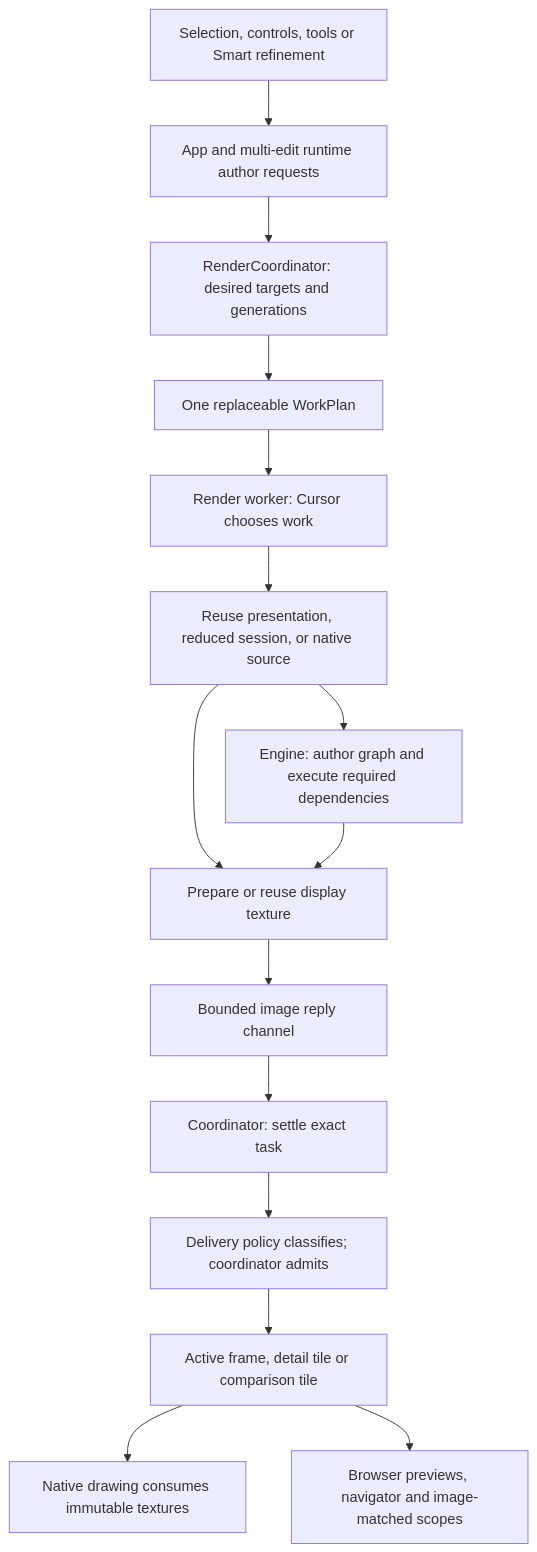
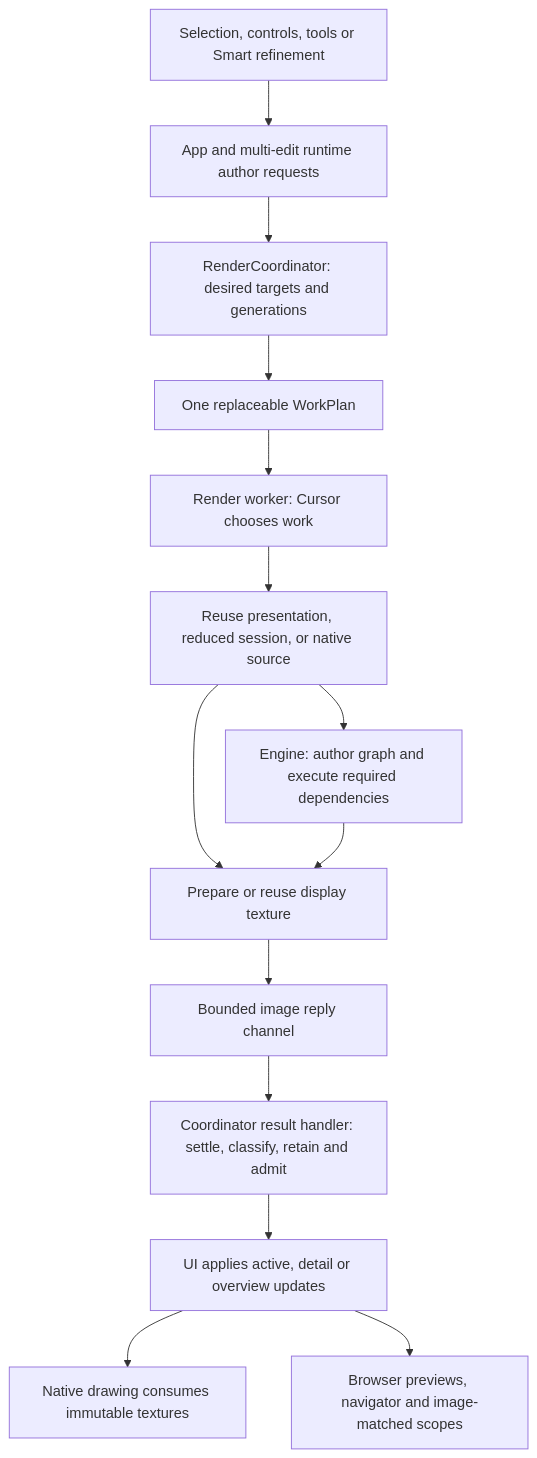
One commit to hank-bond/foveonic changed the first of 2 diagrams in docs/interactive-rendering-architecture.md. Above: the diagram before and after it, drawn with Mermaid. The commit also changed other lines of this file and 23 other files, not shown here.

Commit message:
Centralize render result handling in the coordinator

````diff
--- a/docs/interactive-rendering-architecture.md
+++ b/docs/interactive-rendering-architecture.md
@@ -16,17 +16,16 @@
 ```mermaid
 flowchart TD
     Edit[Selection, controls, tools or Smart refinement] --> UI[App and multi-edit runtime author requests]
     UI --> Coordinator[RenderCoordinator: desired targets and generations]
     Coordinator --> Plan[One replaceable WorkPlan]
     Plan --> Worker[Render worker: Cursor chooses work]
     Worker --> Reuse[Reuse presentation, reduced session, or native source]
     Reuse --> Numeric[Engine: author graph and execute required dependencies]
     Reuse --> View[Prepare or reuse display texture]
     Numeric --> View
     View --> Reply[Bounded image reply channel]
-    Reply --> Settle[Coordinator: settle exact task]
-    Settle --> Context[Delivery policy classifies; coordinator admits]
-    Context --> Frames[Active frame, detail tile or comparison tile]
+    Reply --> Handler[Coordinator result handler: settle, classify, retain and admit]
+    Handler --> Frames[UI applies active, detail or overview updates]
     Frames --> Draw[Native drawing consumes immutable textures]
     Frames --> Aux[Browser previews, navigator and image-matched scopes]
 ```
````
